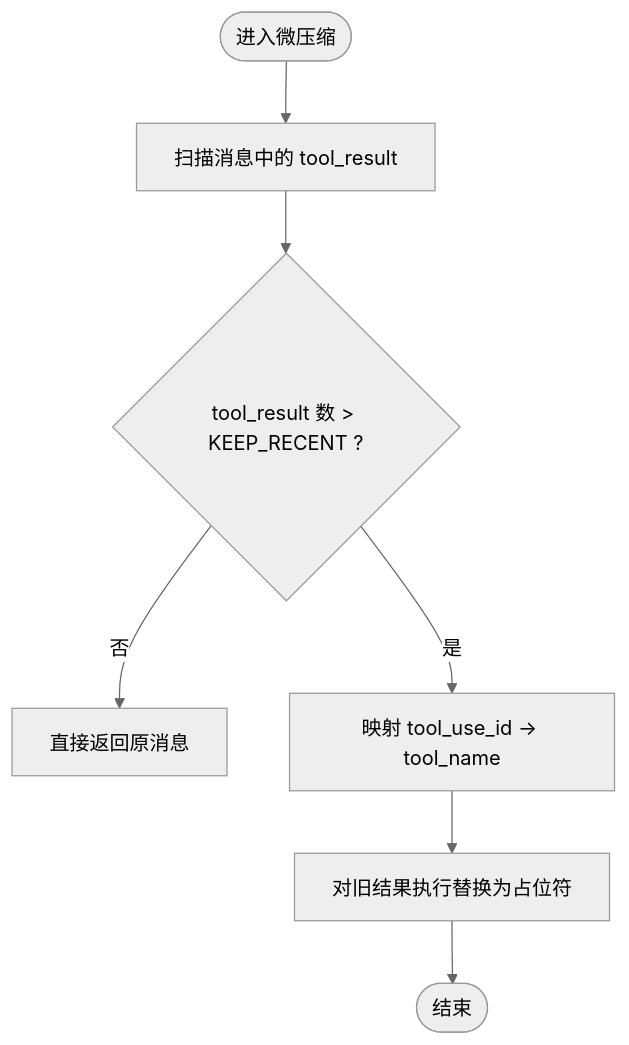
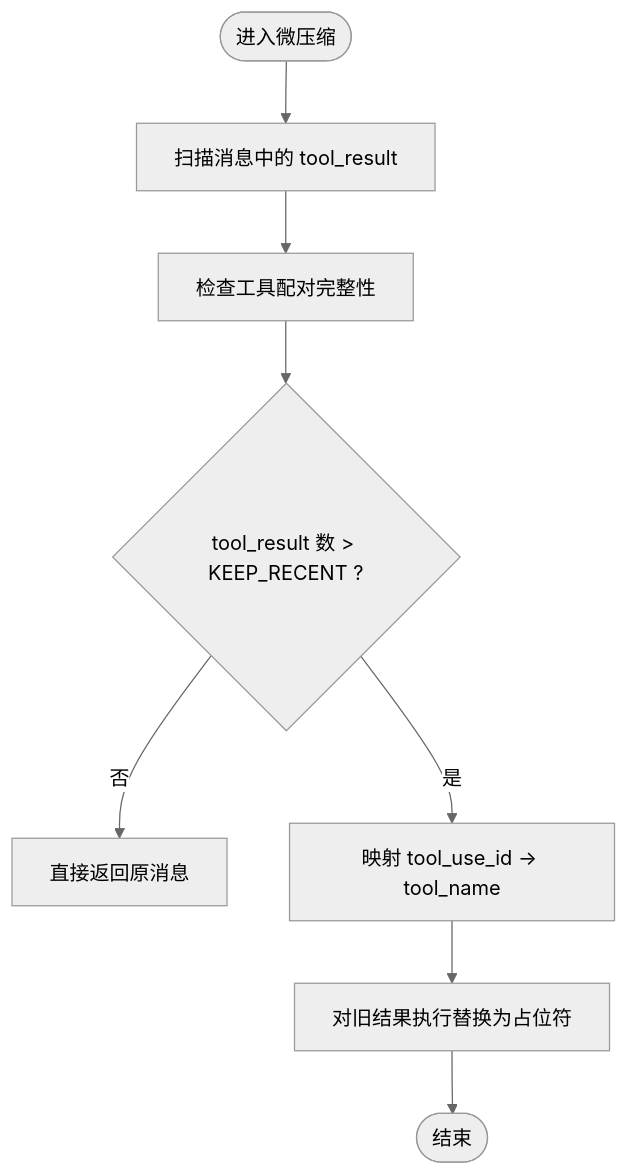
Before and after one commit to haolange/learn-claude-code: the third of 6 diagrams in .qoder/repowiki/zh/content/规划与知识管理/上下文压缩机制.md, drawn with Mermaid (neutral theme). The commit also changed other lines of this file and 6 other files, not shown here.

````diff
--- a/.qoder/repowiki/zh/content/规划与知识管理/上下文压缩机制.md
+++ b/.qoder/repowiki/zh/content/规划与知识管理/上下文压缩机制.md
@@ -138,9 +144,10 @@
 ```mermaid
 flowchart TD
 Start(["进入微压缩"]) --> Scan["扫描消息中的 tool_result"]
-Scan --> Enough{"tool_result 数 > KEEP_RECENT ?"}
+Scan --> PairCheck["检查工具配对完整性"]
+PairCheck --> Enough{"tool_result 数 > KEEP_RECENT ?"}
 Enough --> |否| Return["直接返回原消息"]
 Enough --> |是| Map["映射 tool_use_id -> tool_name"]
 Map --> Clear["对旧结果执行替换为占位符"]
 Clear --> Done(["结束"])
 ```
````
